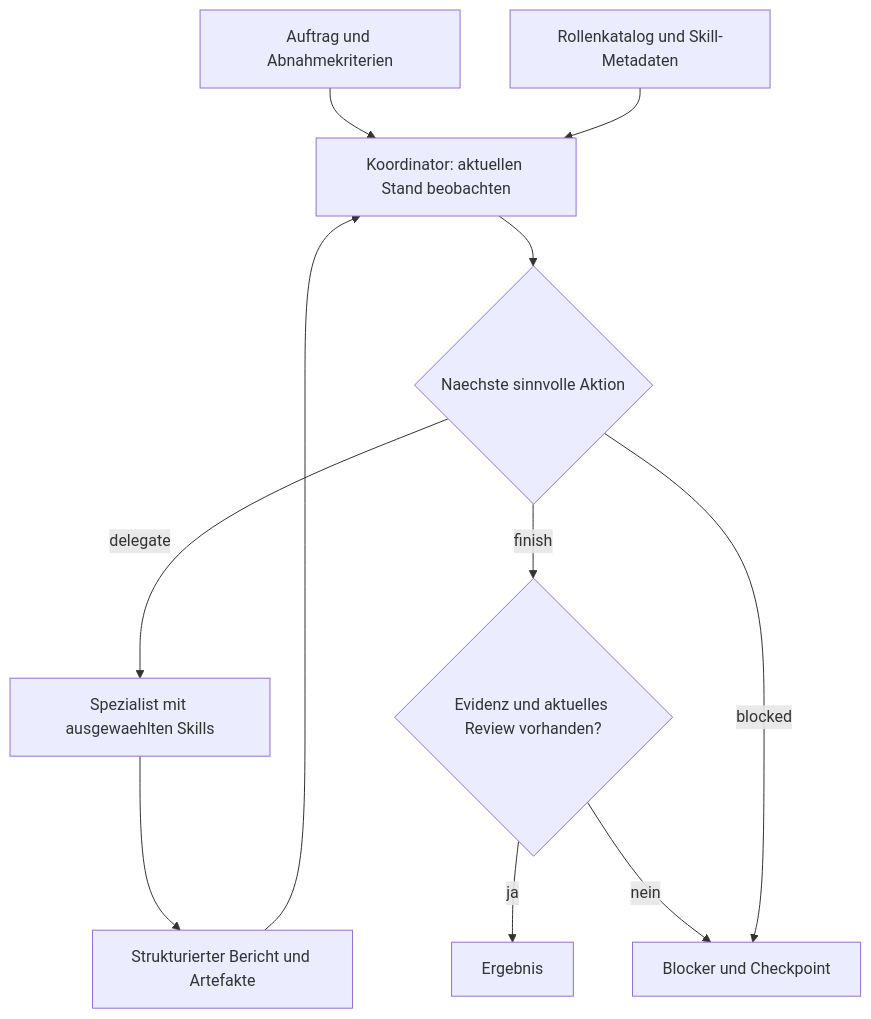
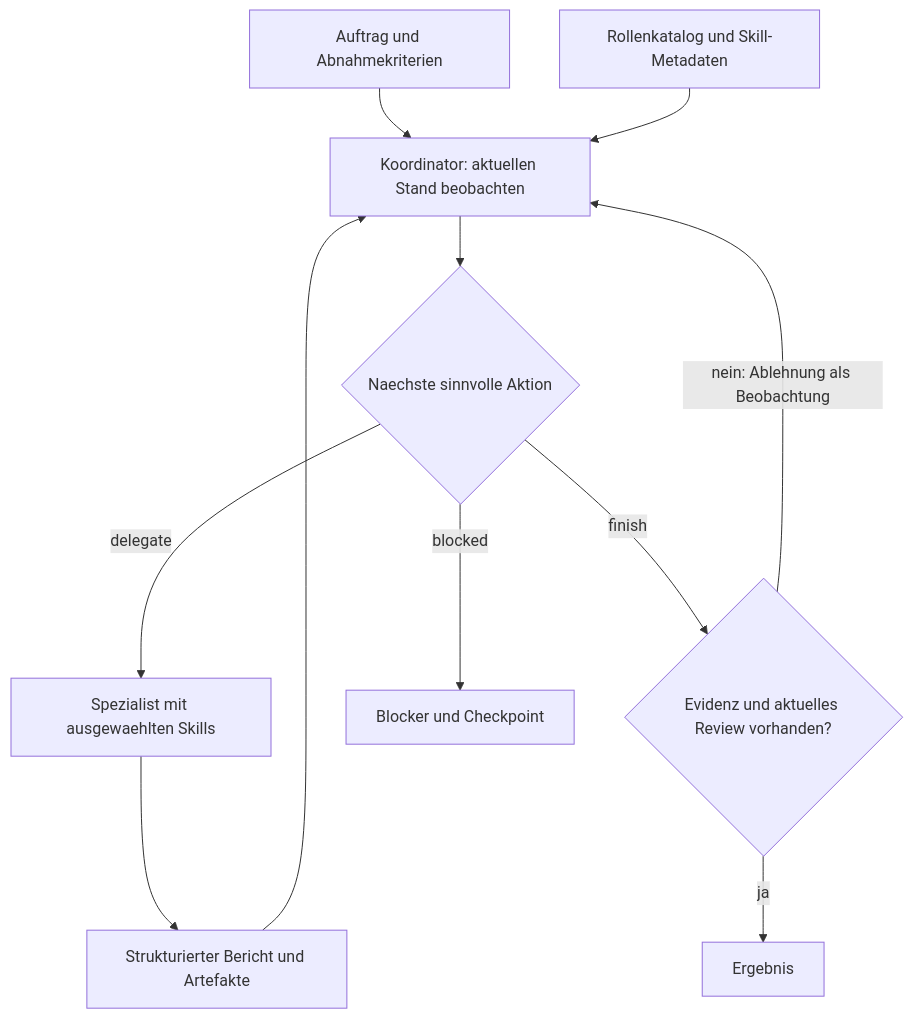
The first of 2 diagrams in docs/ARCHITECTURE.md (svensteiner/agenten-vorlage), drawn with Mermaid before and after one commit. The commit also changed other lines of this file and 7 other files, not shown here.

````diff
--- a/docs/ARCHITECTURE.md
+++ b/docs/ARCHITECTURE.md
@@ -9,13 +9,13 @@
 ```mermaid
 flowchart TD
     U[Auftrag und Abnahmekriterien] --> C[Koordinator: aktuellen Stand beobachten]
     S[Rollenkatalog und Skill-Metadaten] --> C
     C --> D{Naechste sinnvolle Aktion}
     D -->|delegate| W[Spezialist mit ausgewaehlten Skills]
     W --> E[Strukturierter Bericht und Artefakte]
     E --> C
     D -->|finish| G{Evidenz und aktuelles Review vorhanden?}
     G -->|ja| F[Ergebnis]
-    G -->|nein| B[Blocker und Checkpoint]
-    D -->|blocked| B
+    G -->|nein: Ablehnung als Beobachtung| C
+    D -->|blocked| B[Blocker und Checkpoint]
 ```
````
